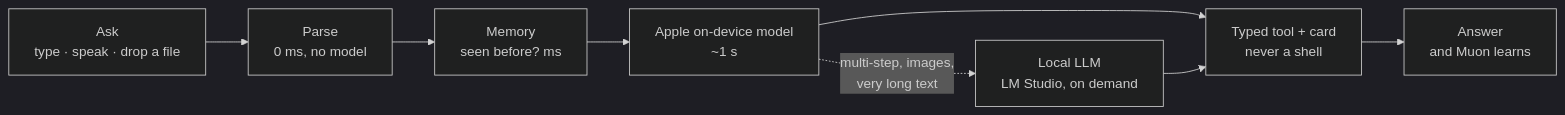
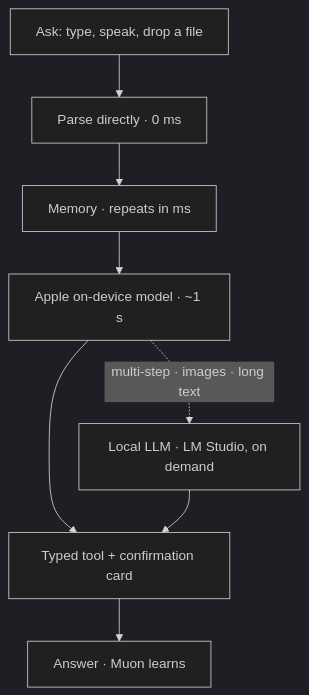
The diagram in README.md (harshdvaid24/muon), drawn with Mermaid (dark theme) before and after one commit.

Commit message:
docs: top-to-bottom diagram so GitHub renders it readably

````diff
--- a/README.md
+++ b/README.md
@@ -229,10 +229,10 @@
 ```mermaid
-flowchart LR
-    A["Ask<br/>type · speak · drop a file"] --> B["Parse<br/>0 ms, no model"]
-    B --> C["Memory<br/>seen before? ms"]
-    C --> D["Apple on-device model<br/>~1 s"]
-    D -. "multi-step, images,<br/>very long text" .-> E["Local LLM<br/>LM Studio, on demand"]
-    D --> F["Typed tool + card<br/>never a shell"]
+flowchart TD
+    A["Ask: type, speak, drop a file"] --> B["Parse directly · 0 ms"]
+    B --> C["Memory · repeats in ms"]
+    C --> D["Apple on-device model · ~1 s"]
+    D --> F["Typed tool + confirmation card"]
+    D -. "multi-step · images · long text" .-> E["Local LLM · LM Studio, on demand"]
     E --> F
-    F --> G["Answer<br/>and Muon learns"]
+    F --> G["Answer · Muon learns"]
 ```
````
